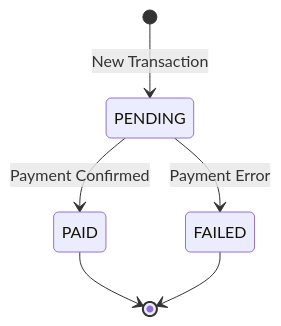
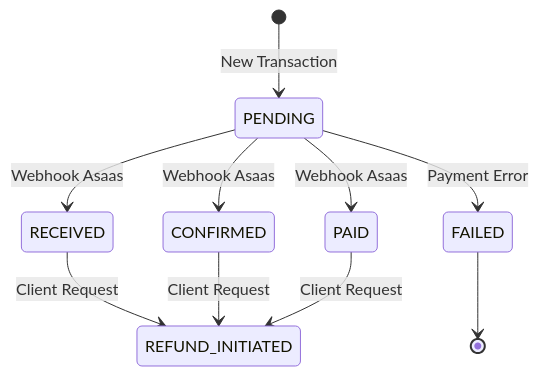
One commit to victorino0071/VEAM changed the diagram in documentos/estrutura/internal_domain_payment.md. Above: the diagram before and after it, drawn with Mermaid. The commit also changed other lines of this file and 7 other files, not shown here.

Commit message:
docs: add comprehensive architectural documentation for internal application components

````diff
--- a/documentos/estrutura/internal_domain_payment.md
+++ b/documentos/estrutura/internal_domain_payment.md
@@ -12,8 +12,12 @@
 ```mermaid
 stateDiagram-v2
     [*] --> PENDING: New Transaction
-    PENDING --> PAID: Payment Confirmed
+    PENDING --> RECEIVED: Webhook Asaas
+    PENDING --> CONFIRMED: Webhook Asaas
+    PENDING --> PAID: Webhook Asaas
     PENDING --> FAILED: Payment Error
-    PAID --> [*]
+    RECEIVED --> REFUND_INITIATED: Client Request
+    CONFIRMED --> REFUND_INITIATED: Client Request
+    PAID --> REFUND_INITIATED: Client Request
     FAILED --> [*]
 ```
````
